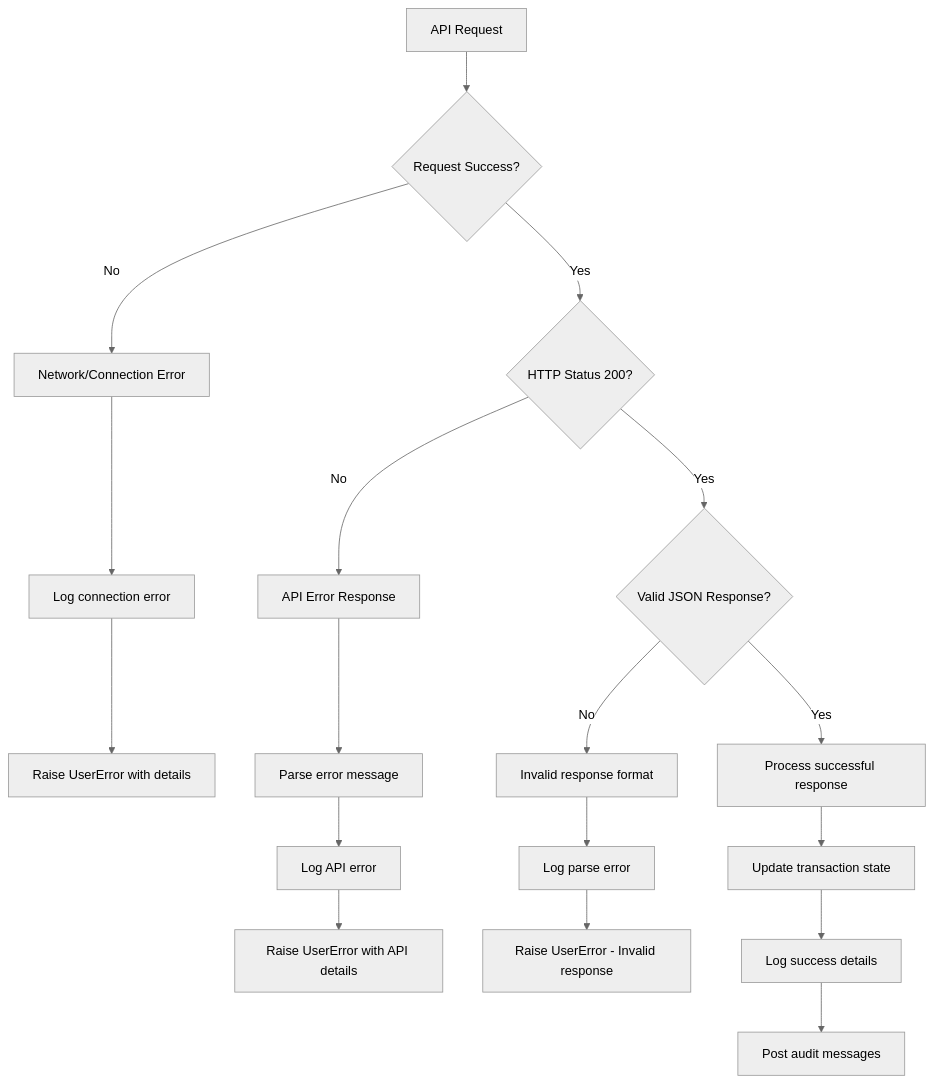
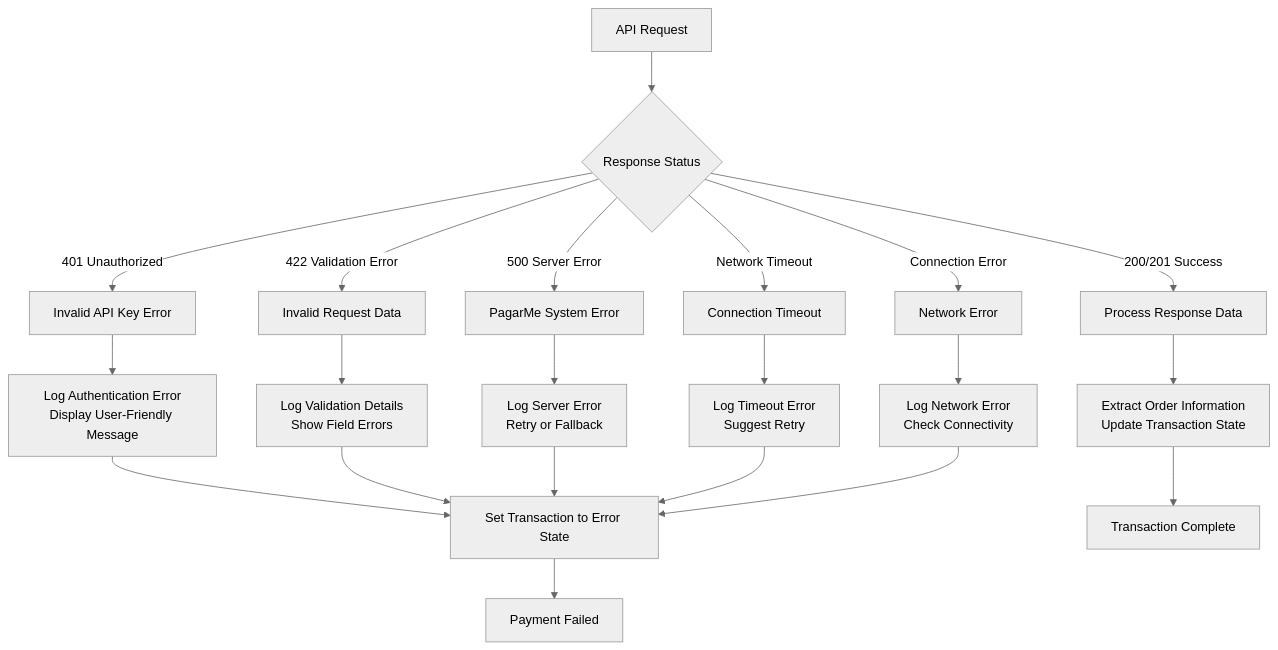
One commit to santzit/l10n-brazil-pagarme changed the fifth of 6 diagrams in l10n_br_payment_pagarme/PAYMENT_FLOW.md. Above: the diagram before and after it, drawn with Mermaid (neutral theme). The commit also changed other lines of this file and 2 other files, not shown here.

Commit message:
Fix remaining test failures and complete ORDERS API integration documentation

````diff
--- a/l10n_br_payment_pagarme/PAYMENT_FLOW.md
+++ b/l10n_br_payment_pagarme/PAYMENT_FLOW.md
@@ -187,26 +150,28 @@
 ```mermaid
 flowchart TD
-    A[API Request] --> B{Request Success?}
-    B -->|No| C[Network/Connection Error]
-    B -->|Yes| D{HTTP Status 200?}
-
-    C --> C1[Log connection error]
-    C1 --> C2[Raise UserError with details]
-
-    D -->|No| E[API Error Response]
-    D -->|Yes| F{Valid JSON Response?}
-
-    E --> E1[Parse error message]
-    E1 --> E2[Log API error]
-    E2 --> E3[Raise UserError with API details]
-
-    F -->|No| G[Invalid response format]
-    F -->|Yes| H[Process successful response]
-
-    G --> G1[Log parse error]
-    G1 --> G2[Raise UserError - Invalid response]
-
-    H --> I[Update transaction state]
-    I --> J[Log success details]
-    J --> K[Post audit messages]
+    A[API Request] --> B{Response Status}
+    
+    B -->|200/201 Success| C[Process Response Data]
+    B -->|401 Unauthorized| D[Invalid API Key Error]
+    B -->|422 Validation Error| E[Invalid Request Data]
+    B -->|500 Server Error| F[PagarMe System Error]
+    B -->|Network Timeout| G[Connection Timeout]
+    B -->|Connection Error| H[Network Error]
+    
+    C --> I[Extract Order Information<br/>Update Transaction State]
+    
+    D --> J[Log Authentication Error<br/>Display User-Friendly Message]
+    E --> K[Log Validation Details<br/>Show Field Errors]
+    F --> L[Log Server Error<br/>Retry or Fallback]
+    G --> M[Log Timeout Error<br/>Suggest Retry]
+    H --> N[Log Network Error<br/>Check Connectivity]
+    
+    J --> O[Set Transaction to Error State]
+    K --> O
+    L --> O
+    M --> O
+    N --> O
+    
+    I --> P[Transaction Complete]
+    O --> Q[Payment Failed]
 ```
````
